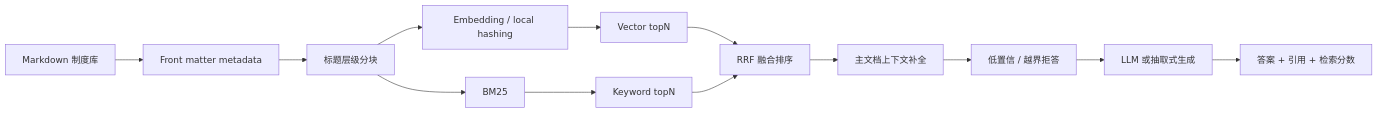
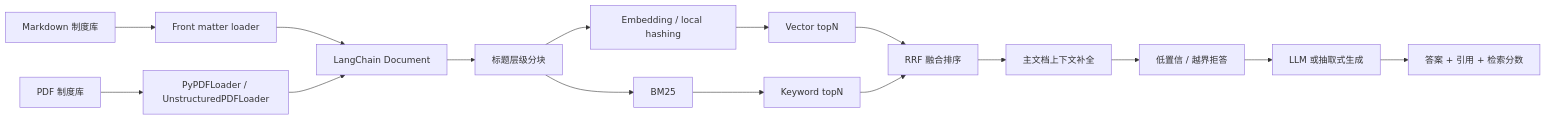
Before and after one commit to Lzy23331/enterprise-knowledge-rag: the diagram in README.md, drawn with Mermaid. The commit also changed other lines of this file and 27 other files, not shown here.

````diff
--- a/README.md
+++ b/README.md
@@ -16,15 +16,18 @@
 ```mermaid
 flowchart LR
-    A["Markdown 制度库"] --> B["Front matter metadata"]
-    B --> C["标题层级分块"]
+    A["Markdown 制度库"] --> B["Front matter loader"]
+    P["PDF 制度库"] --> Q["PyPDFLoader / UnstructuredPDFLoader"]
+    B --> N["LangChain Document"]
+    Q --> N
+    N --> C["标题层级分块"]
     C --> D["Embedding / local hashing"]
     C --> E["BM25"]
     D --> F["Vector topN"]
     E --> G["Keyword topN"]
     F --> H["RRF 融合排序"]
     G --> H
     H --> I["主文档上下文补全"]
     I --> J["低置信 / 越界拒答"]
     J --> K["LLM 或抽取式生成"]
     K --> L["答案 + 引用 + 检索分数"]
 ```
````
